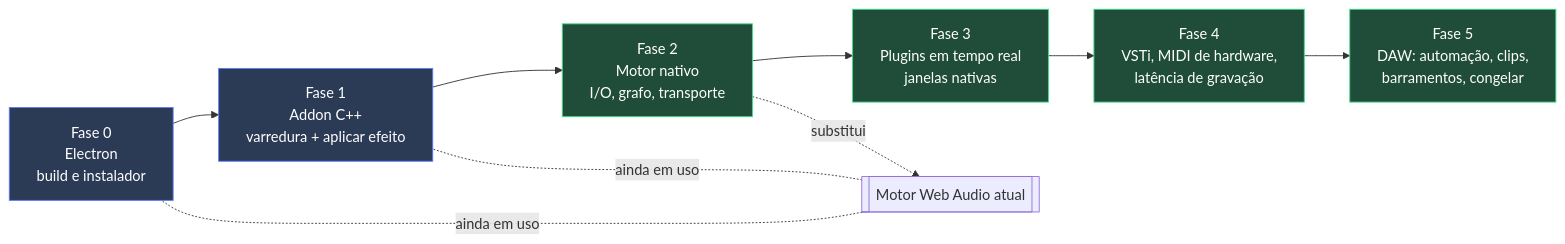
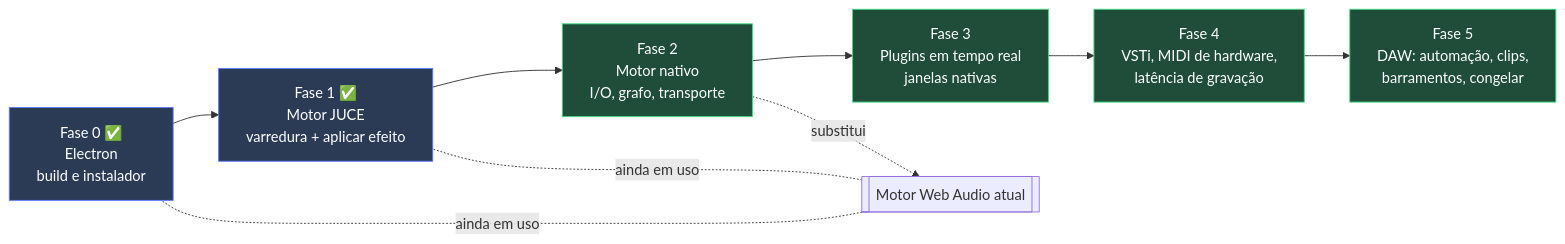
One commit to GuiPassoskt/RavenAudioEditor changed the seventh of 10 diagrams in docs/INTEGRACAO-PLUGINS-NATIVOS.md. Above: the diagram before and after it, drawn with Mermaid. The commit also changed other lines of this file and 34 other files, not shown here.

First line of the commit message:
Adiciona modo desktop (Electron) e plugins VST3/LV2 com motor JUCE

````diff
--- a/docs/INTEGRACAO-PLUGINS-NATIVOS.md
+++ b/docs/INTEGRACAO-PLUGINS-NATIVOS.md
@@ -299,19 +316,19 @@
 ```mermaid
 flowchart LR
-  F0["Fase 0<br/>Electron<br/>build e instalador"]
-  F1["Fase 1<br/>Addon C++<br/>varredura + aplicar efeito"]
+  F0["Fase 0 ✅<br/>Electron<br/>build e instalador"]
+  F1["Fase 1 ✅<br/>Motor JUCE<br/>varredura + aplicar efeito"]
   F2["Fase 2<br/>Motor nativo<br/>I/O, grafo, transporte"]
   F3["Fase 3<br/>Plugins em tempo real<br/>janelas nativas"]
   F4["Fase 4<br/>VSTi, MIDI de hardware,<br/>latência de gravação"]
   F5["Fase 5<br/>DAW: automação, clips,<br/>barramentos, congelar"]
   F0 --> F1 --> F2 --> F3 --> F4 --> F5
 
   WA[["Motor Web Audio atual"]] -. "ainda em uso" .- F0
   WA -. "ainda em uso" .- F1
   F2 -. "substitui" .-> WA
 
   classDef web fill:#2b3a55,stroke:#5b7cfa,color:#fff
   classDef nat fill:#1f4d3a,stroke:#3ddc84,color:#fff
   class F0,F1 web
   class F2,F3,F4,F5 nat
 ```
````
